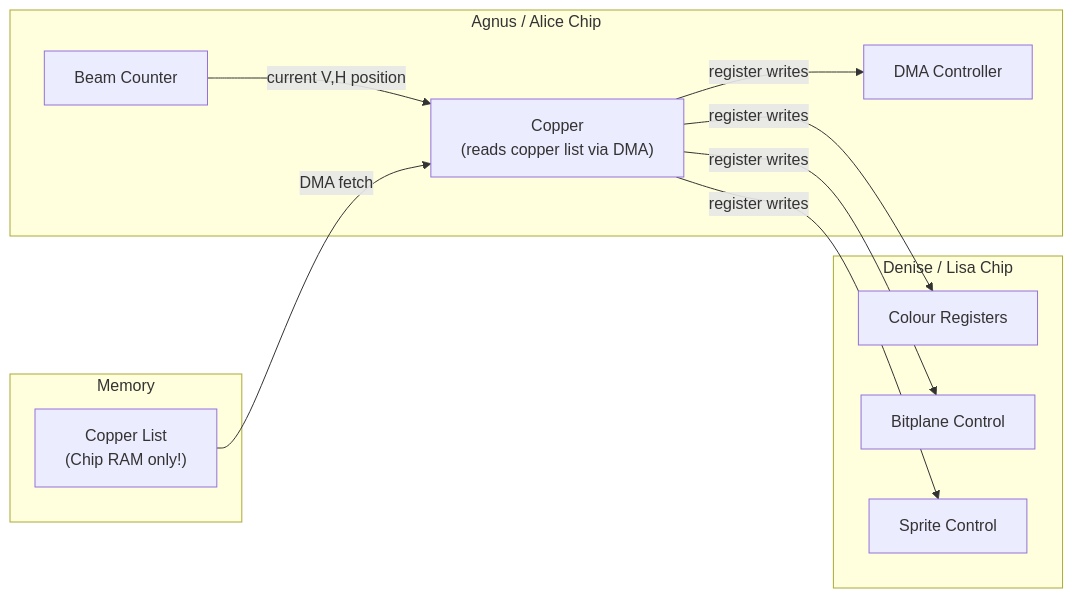
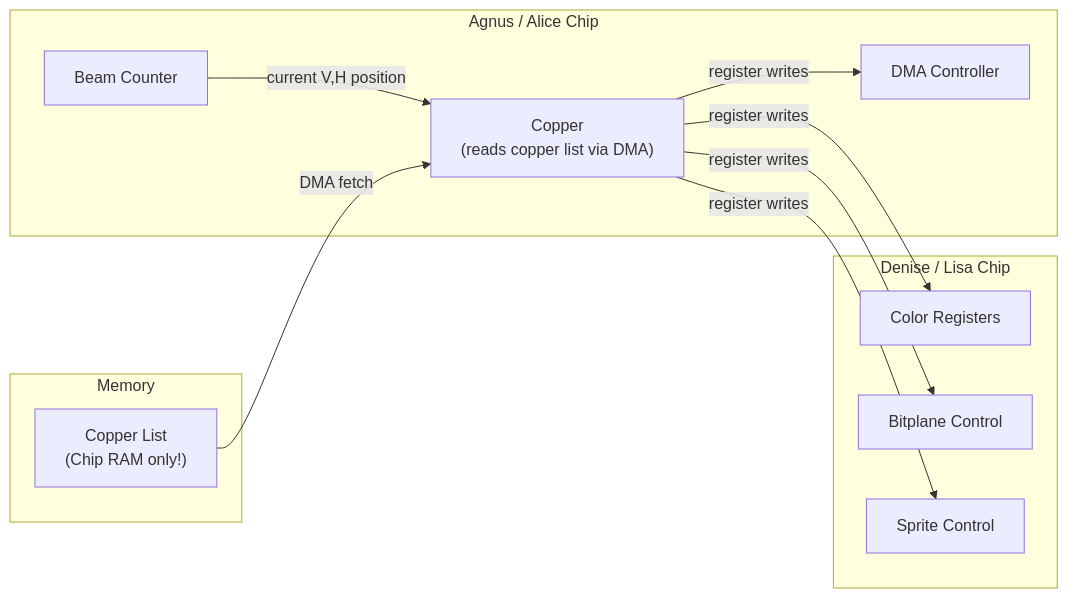
One commit to alfishe/amiga-bootcamp changed the diagram in 08_graphics/copper_programming.md. Above: the diagram before and after it, drawn with Mermaid. The commit also changed other lines of this file and 89 other files, not shown here.

````diff
--- a/08_graphics/copper_programming.md
+++ b/08_graphics/copper_programming.md
@@ -13,23 +13,23 @@
 ```mermaid
 graph LR
     subgraph Agnus/Alice ["Agnus / Alice Chip"]
         Copper["Copper<br/>(reads copper list via DMA)"]
         DMA["DMA Controller"]
         Beam["Beam Counter"]
     end
     subgraph Denise/Lisa ["Denise / Lisa Chip"]
-        Palette["Colour Registers"]
+        Palette["Color Registers"]
         BPL["Bitplane Control"]
         SPR["Sprite Control"]
     end
     subgraph Memory
         CopList["Copper List<br/>(Chip RAM only!)"]
     end
 
     Beam -- "current V,H position" --> Copper
     CopList -- "DMA fetch" --> Copper
     Copper -- "register writes" --> Palette
     Copper -- "register writes" --> BPL
     Copper -- "register writes" --> SPR
     Copper -- "register writes" --> DMA
 ```
````
